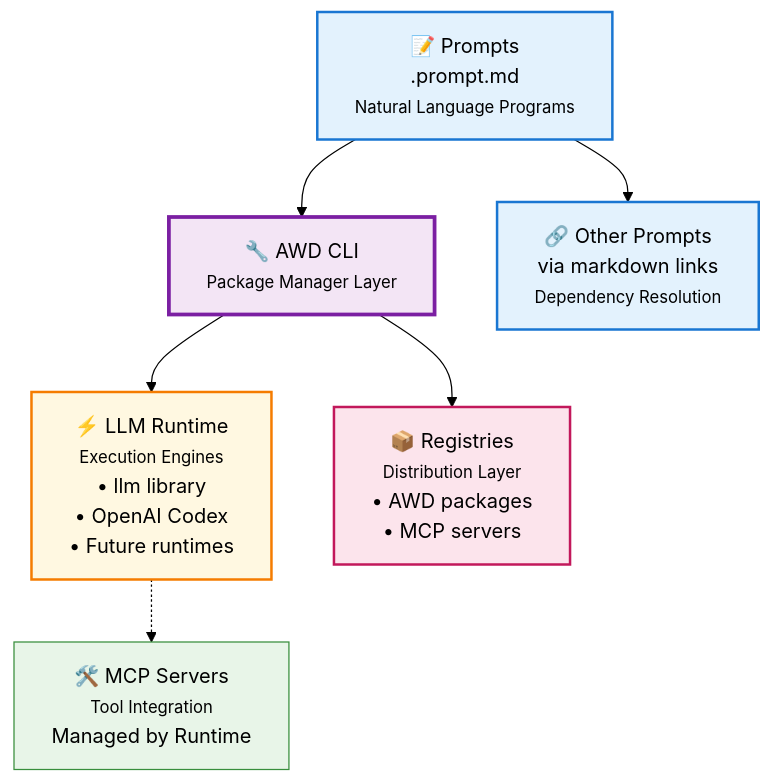
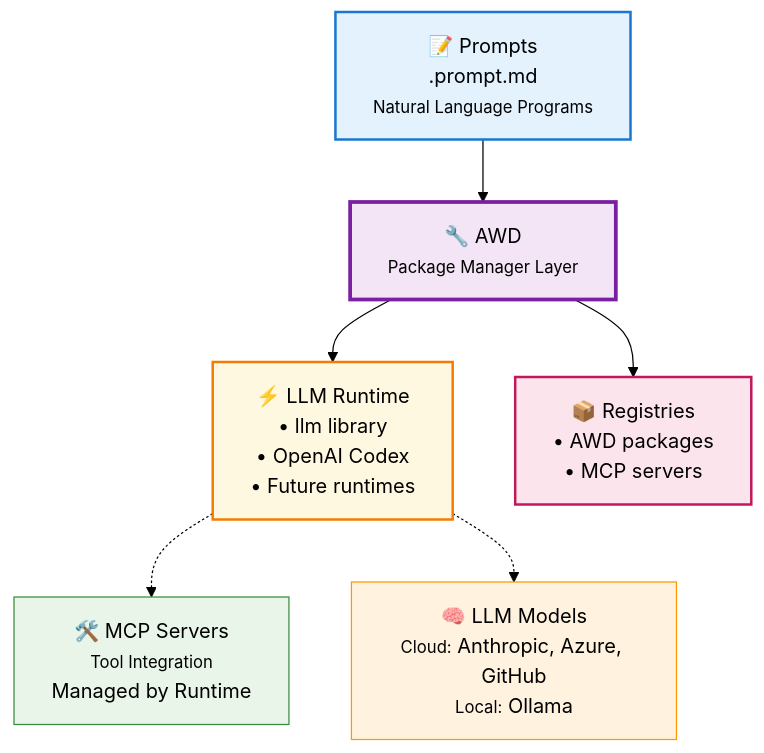
One commit to danielmeppiel/apm-cli changed the diagram in README.md. Above: the diagram before and after it, drawn with Mermaid (forest theme). The commit also changed other lines of this file, not shown here.

Commit message:
fix: Update architecture section in README to clarify AWD's role and improve diagram structure

````diff
--- a/README.md
+++ b/README.md
@@ -152,16 +151,16 @@
 ```mermaid
 graph TD
-    A["📝 Prompts<br/>.prompt.md<br/><small>Natural Language Programs</small>"] --> B["🔧 AWD CLI<br/><small>Package Manager Layer</small>"]
-    A --> A2["🔗 Other Prompts<br/>via markdown links<br/><small>Dependency Resolution</small>"]
-    B --> D["⚡ LLM Runtime<br/><small>Execution Engines</small><br/>• llm library<br/>• OpenAI Codex<br/>• Future runtimes"]
-    B --> E["📦 Registries<br/><small>Distribution Layer</small><br/>• AWD packages<br/>• MCP servers"]
+    A["📝 Prompts<br/>.prompt.md<br/><small>Natural Language Programs</small>"] --> B["🔧 AWD<br/><small>Package Manager Layer</small>"]
+    B --> D["⚡ LLM Runtime<br/>• llm library<br/>• OpenAI Codex<br/>• Future runtimes"]
+    B --> E["📦 Registries<br/>• AWD packages<br/>• MCP servers"]
     
     D -.-> F["🛠️ MCP Servers<br/><small>Tool Integration</small><br/>Managed by Runtime"]
+    D -.-> G["🧠 LLM Models<br/><small>Cloud:</small> Anthropic, Azure, GitHub<br/><small>Local:</small> Ollama"]
     
     style A fill:#e3f2fd,stroke:#1976d2,stroke-width:2px,color:#000
-    style A2 fill:#e3f2fd,stroke:#1976d2,stroke-width:2px,color:#000
     style B fill:#f3e5f5,stroke:#7b1fa2,stroke-width:3px,color:#000
     style D fill:#fff8e1,stroke:#f57c00,stroke-width:2px,color:#000
     style E fill:#fce4ec,stroke:#c2185b,stroke-width:2px,color:#000
     style F fill:#e8f5e8,stroke:#388e3c,stroke-width:1px,color:#000
+    style G fill:#fff3e0,stroke:#ff9800,stroke-width:1px,color:#000
 ```
````
